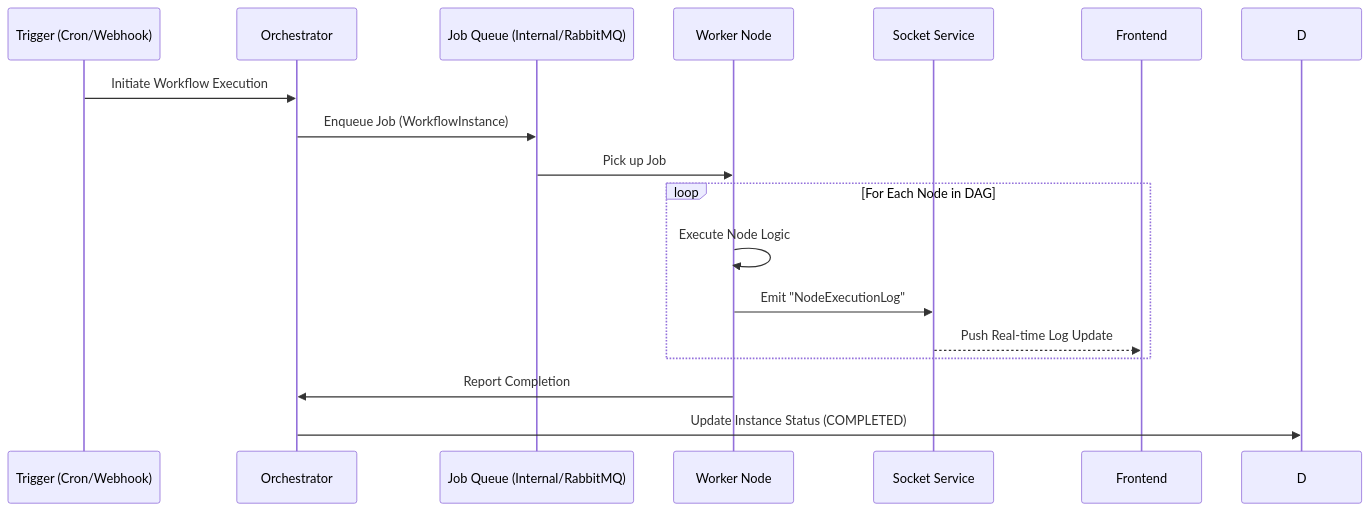
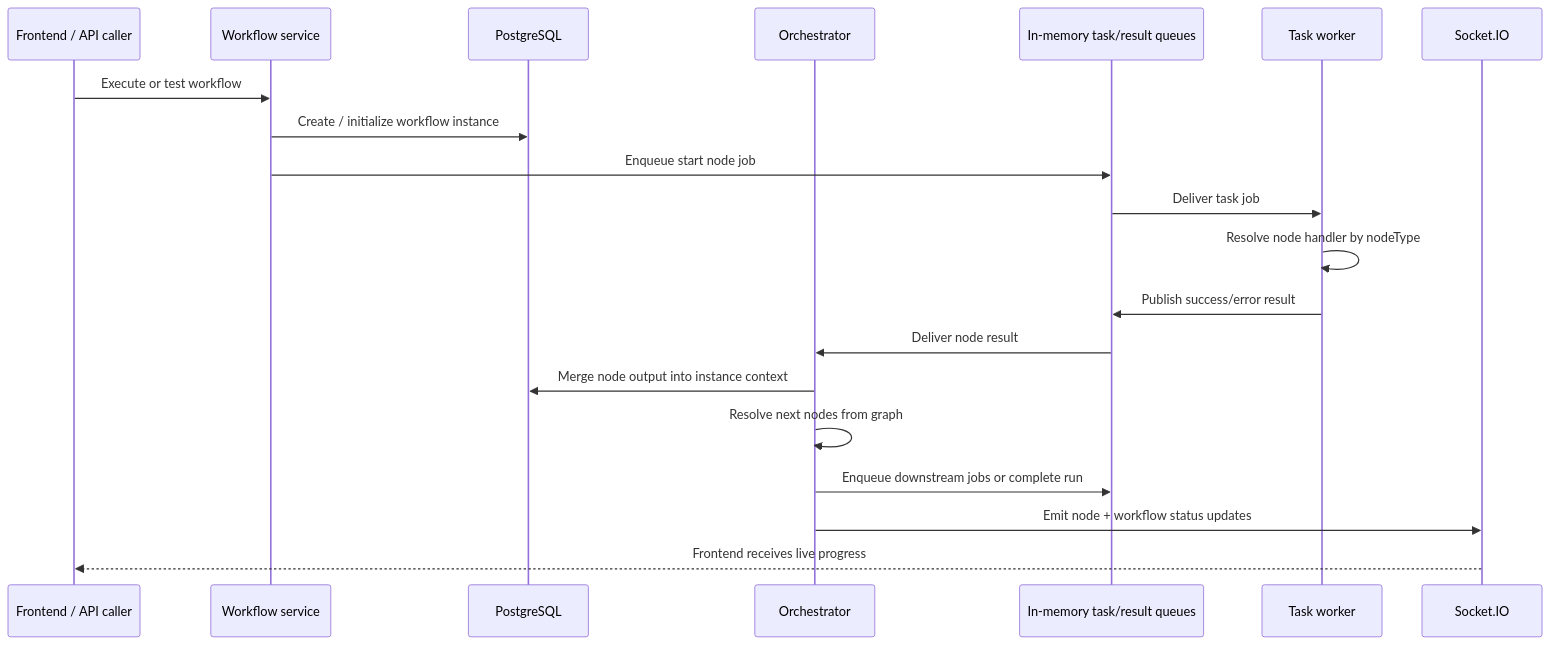
The third of 4 diagrams in docs/docs/concepts/data-flow.md (Jet-labs/jet-admin), drawn with Mermaid before and after one commit. The commit also changed other lines of this file and 84 other files, not shown here.

````diff
--- a/docs/docs/concepts/data-flow.md
+++ b/docs/docs/concepts/data-flow.md
@@ -59,20 +87,23 @@
 ```mermaid
 sequenceDiagram
-    participant T as Trigger (Cron/Webhook)
+    participant F as Frontend / API caller
+    participant API as Workflow service
+    participant DB as PostgreSQL
     participant O as Orchestrator
-    participant Q as Job Queue (Internal/RabbitMQ)
-    participant W as Worker Node
-    participant S as Socket Service
-    participant F as Frontend
+    participant Q as In-memory task/result queues
+    participant W as Task worker
+    participant IO as Socket.IO
 
-    T->>O: Initiate Workflow Execution
-    O->>Q: Enqueue Job (WorkflowInstance)
-    Q->>W: Pick up Job
-    loop For Each Node in DAG
-        W->>W: Execute Node Logic
-        W->>S: Emit "NodeExecutionLog"
-        S-->>F: Push Real-time Log Update
-    end
-    W->>O: Report Completion
-    O->>D: Update Instance Status (COMPLETED)
+    F->>API: Execute or test workflow
+    API->>DB: Create / initialize workflow instance
+    API->>Q: Enqueue start node job
+    Q->>W: Deliver task job
+    W->>W: Resolve node handler by nodeType
+    W->>Q: Publish success/error result
+    Q->>O: Deliver node result
+    O->>DB: Merge node output into instance context
+    O->>O: Resolve next nodes from graph
+    O->>Q: Enqueue downstream jobs or complete run
+    O->>IO: Emit node + workflow status updates
+    IO-->>F: Frontend receives live progress
 ```
````
